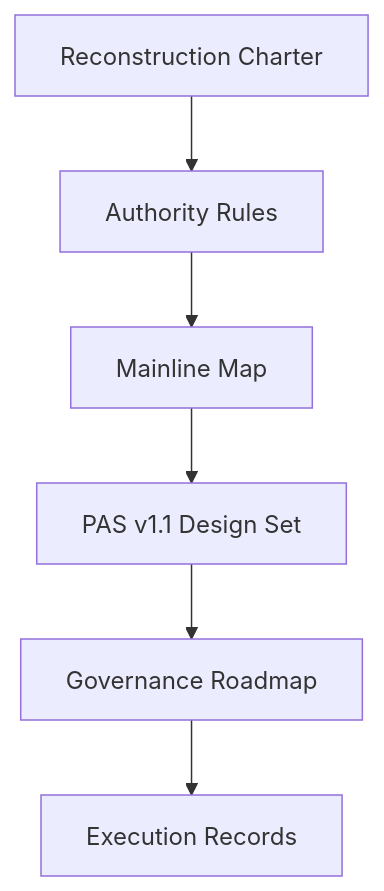
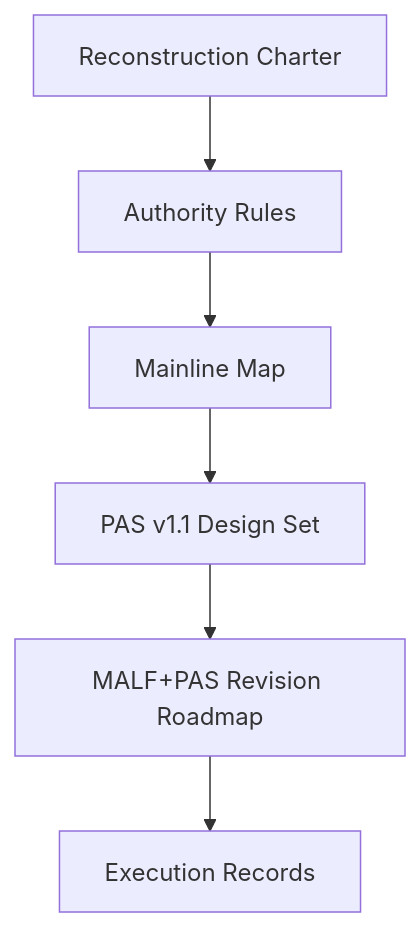
One commit to everything-is-simple/Malf-Pas changed the diagram in docs/README.md. Above: the diagram before and after it, drawn with Mermaid. The commit also changed other lines of this file and 20 other files, not shown here.

Commit message:
docs: add MALF PAS revision roadmap card

````diff
--- a/docs/README.md
+++ b/docs/README.md
@@ -5,8 +5,8 @@
 ```mermaid
 flowchart TD
     A[Reconstruction Charter] --> B[Authority Rules]
     B --> C[Mainline Map]
     C --> D[PAS v1.1 Design Set]
-    D --> E[Governance Roadmap]
+    D --> E[MALF+PAS Revision Roadmap]
     E --> F[Execution Records]
 ```
````
